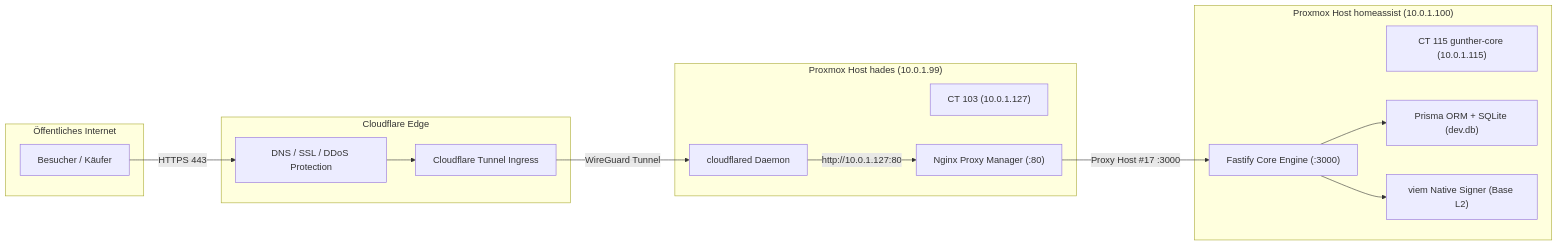
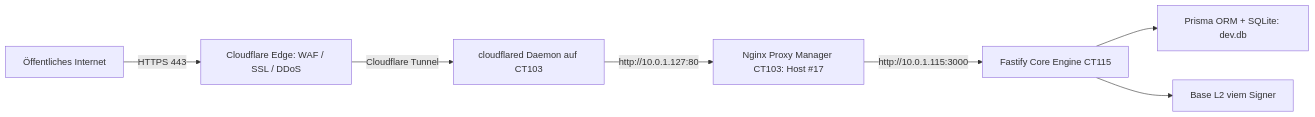
The second of 2 diagrams in docs/SYSTEM_DOKUMENTATION.md (0xguenther/GuentherBuilds), drawn with Mermaid before and after one commit. The commit also changed other lines of this file and 3 other files, not shown here.

````diff
--- a/docs/SYSTEM_DOKUMENTATION.md
+++ b/docs/SYSTEM_DOKUMENTATION.md
@@ -111,32 +79,9 @@
 ```mermaid
 flowchart LR
-    subgraph WAN ["Öffentliches Internet"]
-        Client[Besucher / Käufer]
-    end
-
-    subgraph Cloudflare ["Cloudflare Edge"]
-        CFDNS[DNS / SSL / DDoS Protection]
-        CFTunnelEdge[Cloudflare Tunnel Ingress]
-    end
-
-    subgraph PVE99 ["Proxmox Host hades (10.0.1.99)"]
-        CT103["CT 103 (10.0.1.127)"]
-        CFD["cloudflared Daemon"]
-        NPM["Nginx Proxy Manager (:80)"]
-    end
-
-    subgraph PVE100 ["Proxmox Host homeassist (10.0.1.100)"]
-        CT115["CT 115 gunther-core (10.0.1.115)"]
-        Fastify["Fastify Core Engine (:3000)"]
-        Prisma["Prisma ORM + SQLite (dev.db)"]
-        Signer["viem Native Signer (Base L2)"]
-    end
-
-    Client -->|HTTPS 443| CFDNS
-    CFDNS --> CFTunnelEdge
-    CFTunnelEdge -->|WireGuard Tunnel| CFD
-    CFD -->|http://10.0.1.127:80| NPM
-    NPM -->|Proxy Host #17 :3000| Fastify
-    Fastify --> Prisma
-    Fastify --> Signer
+    Client[Öffentliches Internet] -->|HTTPS 443| CF[Cloudflare Edge: WAF / SSL / DDoS]
+    CF -->|Cloudflare Tunnel| CFD[cloudflared Daemon auf CT103]
+    CFD -->|http://10.0.1.127:80| NPM[Nginx Proxy Manager CT103: Host #17]
+    NPM -->|http://10.0.1.115:3000| Fastify[Fastify Core Engine CT115]
+    Fastify --> Prisma[Prisma ORM + SQLite: dev.db]
+    Fastify --> Signer[Base L2 viem Signer]
 ```
````
